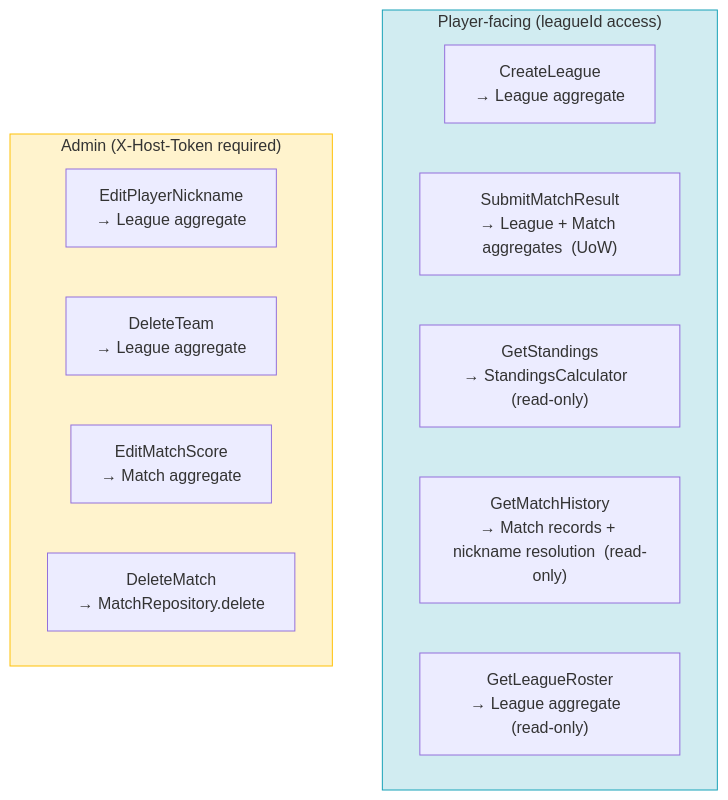
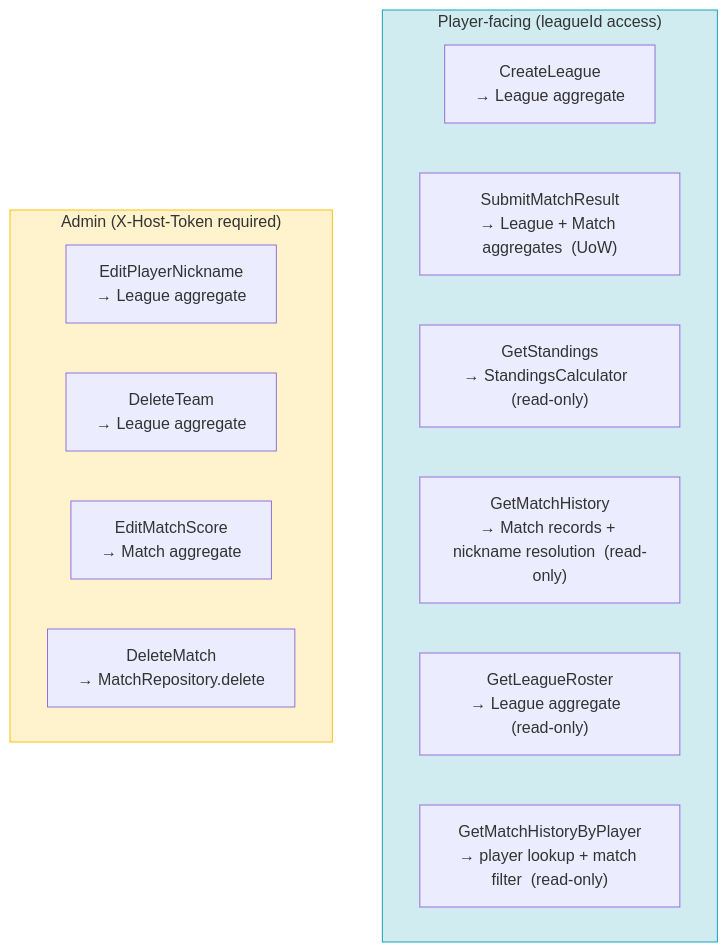
One commit to swjeong0825/TLMB_backend_main changed the diagram in TLMB_Design_doc/09_application_use_cases.md. Above: the diagram before and after it, drawn with Mermaid. The commit also changed other lines of this file and 10 other files, not shown here.

Commit message:
add match history filter by player

````diff
--- a/TLMB_Design_doc/09_application_use_cases.md
+++ b/TLMB_Design_doc/09_application_use_cases.md
@@ -5,19 +5,20 @@
 ```mermaid
 flowchart TD
     subgraph PLAYER ["Player-facing  (leagueId access)"]
         CL["CreateLeague\n→ League aggregate"]
         SMR["SubmitMatchResult\n→ League + Match aggregates  (UoW)"]
         GS["GetStandings\n→ StandingsCalculator  (read-only)"]
         GMH["GetMatchHistory\n→ Match records + nickname resolution  (read-only)"]
         GLR["GetLeagueRoster\n→ League aggregate  (read-only)"]
+        GMBP["GetMatchHistoryByPlayer\n→ player lookup + match filter  (read-only)"]
     end
     subgraph ADMIN ["Admin  (X-Host-Token required)"]
         EPN["EditPlayerNickname\n→ League aggregate"]
         DT["DeleteTeam\n→ League aggregate"]
         EMS["EditMatchScore\n→ Match aggregate"]
         DM["DeleteMatch\n→ MatchRepository.delete"]
     end
 
     style PLAYER fill:#d1ecf1,stroke:#17a2b8
     style ADMIN fill:#fff3cd,stroke:#ffc107
 ```
````
